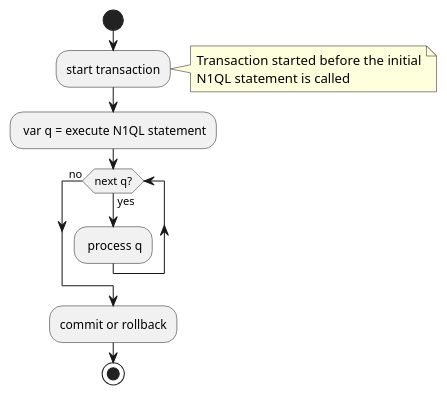
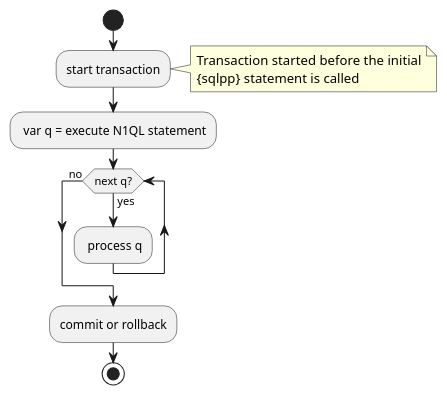
The second of 3 diagrams in modules/javascript-udfs/partials/diagrams.adoc (couchbase/docs-server), drawn with PlantUML before and after one commit. The commit also changed other lines of this file and 11 other files, not shown here.

```diff
--- a/modules/javascript-udfs/partials/diagrams.adoc
+++ b/modules/javascript-udfs/partials/diagrams.adoc
@@ -36,23 +36,23 @@
-[plantuml]
+[plantuml, subs=attributes]
 ....
 @startuml
 
 
 start
 
 :start transaction;
-note right: Transaction started before the initial\nN1QL statement is called
+note right: Transaction started before the initial\n{sqlpp} statement is called
 : var q = execute N1QL statement;
  
  while (next q?) is (yes)
  
    : process q;
    
  endwhile (no)
  
 :commit or rollback;
 
 stop
 
 @enduml
 ....
```
